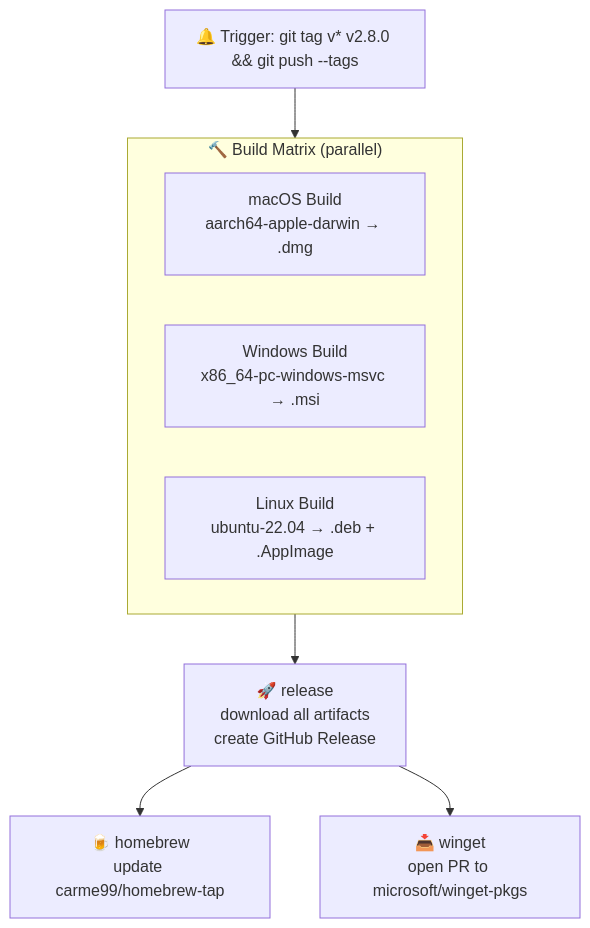
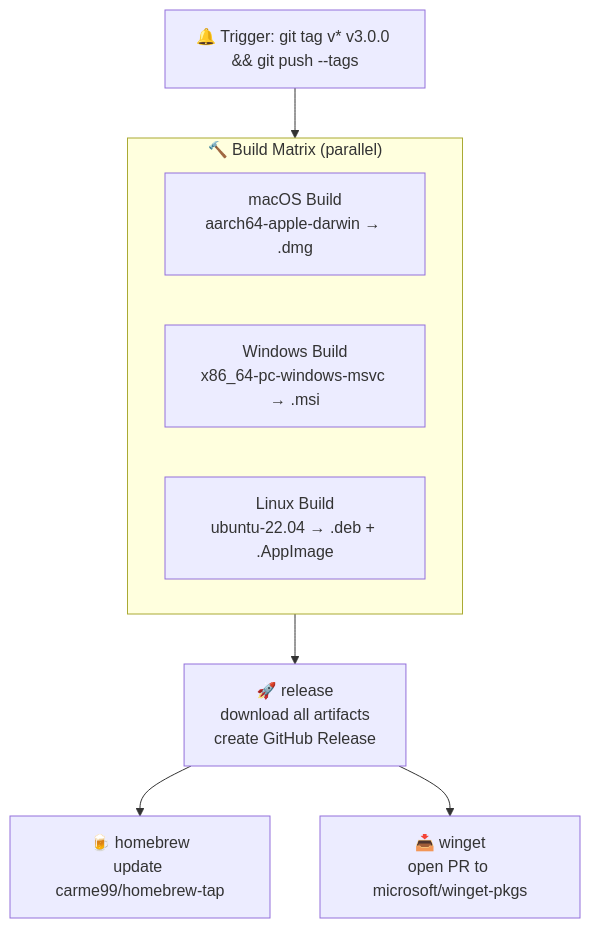
Before and after one commit to Carme99/PresenceJam-Desktop: the second of 8 diagrams in ARCHITECTURE.md, drawn with Mermaid. The commit also changed other lines of this file and 6 other files, not shown here.

````diff
--- a/ARCHITECTURE.md
+++ b/ARCHITECTURE.md
@@ -83,15 +91,15 @@
 ```mermaid
 flowchart TD
-    Trigger["🔔 Trigger: git tag v* v2.8.0 && git push --tags"]
+    Trigger["🔔 Trigger: git tag v* v3.0.0 && git push --tags"]
     subgraph Build["🔨 Build Matrix (parallel)"]
         direction LR
         MacBuild["macOS Build<br/>aarch64-apple-darwin → .dmg"]
         WinBuild["Windows Build<br/>x86_64-pc-windows-msvc → .msi"]
         LinBuild["Linux Build<br/>ubuntu-22.04 → .deb + .AppImage"]
     end
     Release["🚀 release<br/>download all artifacts<br/>create GitHub Release"]
     Brew["🍺 homebrew<br/>update carme99/homebrew-tap"]
     Winget["📥 winget<br/>open PR to microsoft/winget-pkgs"]
     Trigger --> Build --> Release --> Brew
     Release --> Winget
 ```
````
